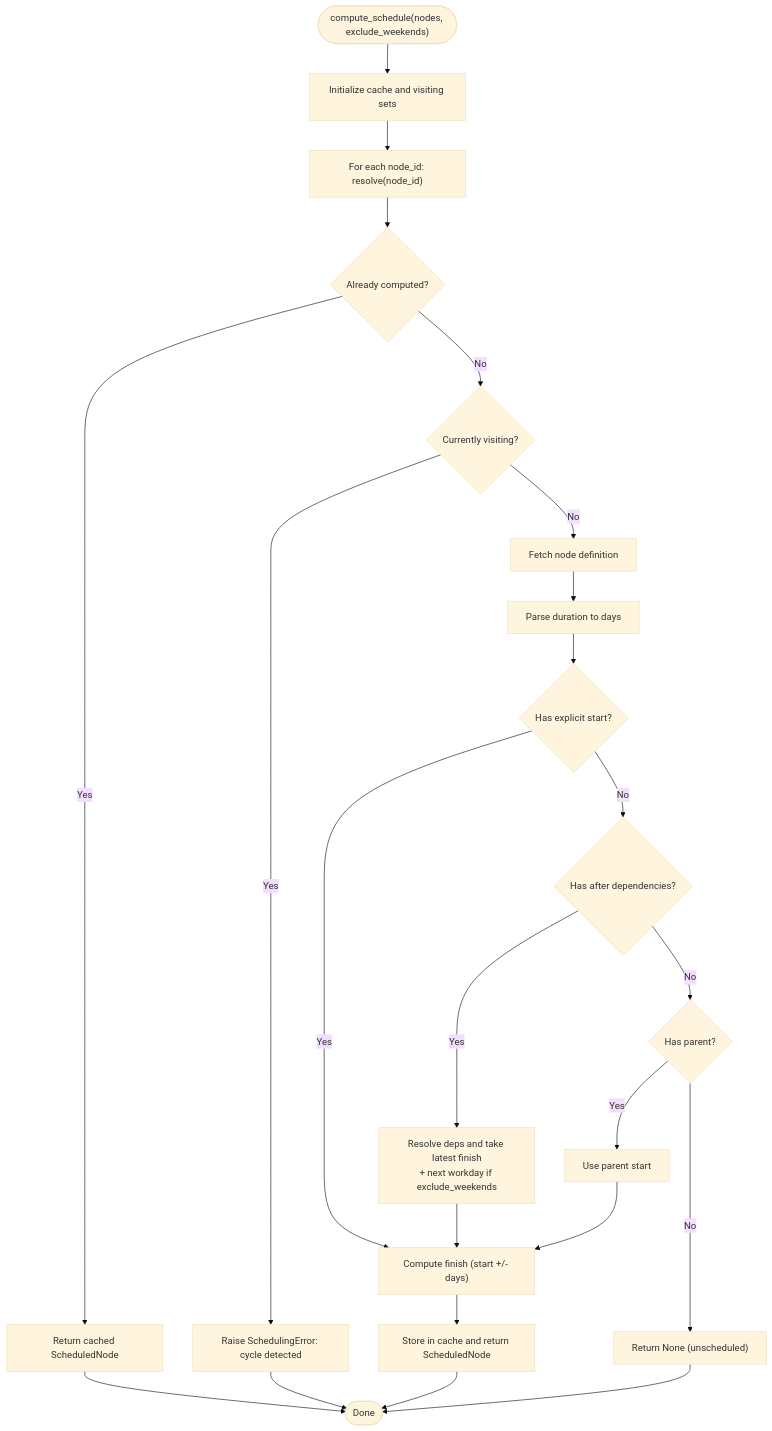
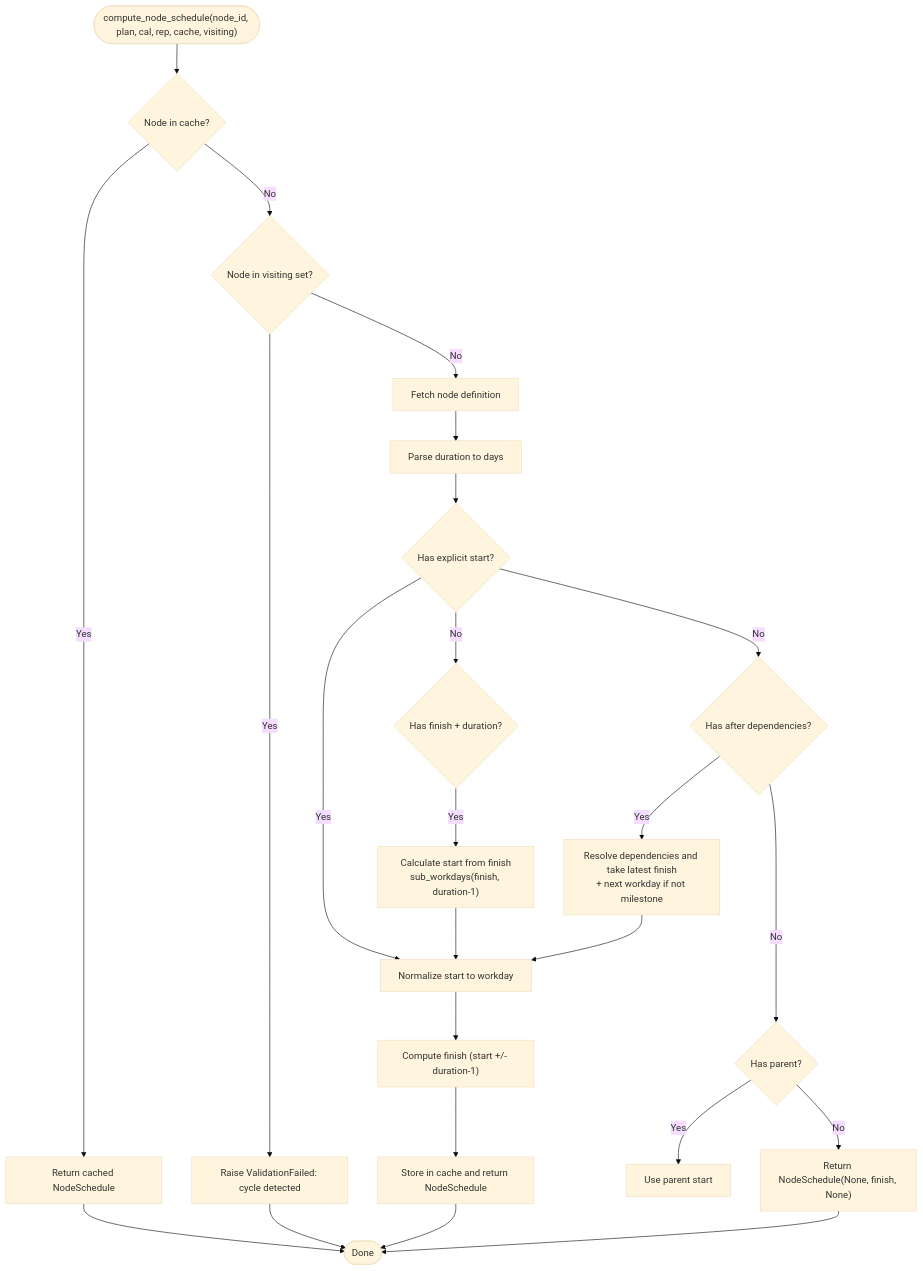
One commit to asukhodko/opskarta changed the third of 6 diagrams in .qoder/repowiki/en/content/Tooling and Utilities/Python API Reference.md. Above: the diagram before and after it, drawn with Mermaid (base theme). The commit also changed other lines of this file and 6 other files, not shown here.

First line of the commit message:
feat(renderer): replace mermaid_gantt with plan2gantt and plan2dag modules

````diff
--- a/.qoder/repowiki/en/content/Tooling and Utilities/Python API Reference.md
+++ b/.qoder/repowiki/en/content/Tooling and Utilities/Python API Reference.md
@@ -217,25 +229,26 @@
 ```mermaid
 flowchart TD
-Start(["compute_schedule(nodes, exclude_weekends)"]) --> Init["Initialize cache and visiting sets"]
-Init --> ResolveLoop["For each node_id: resolve(node_id)"]
-ResolveLoop --> CheckCache{"Already computed?"}
-CheckCache --> |Yes| ReturnCached["Return cached ScheduledNode"]
-CheckCache --> |No| CheckVisiting{"Currently visiting?"}
-CheckVisiting --> |Yes| RaiseCycle["Raise SchedulingError: cycle detected"]
+Start(["compute_node_schedule(node_id, plan, cal, rep, cache, visiting)"]) --> CheckCache{"Node in cache?"}
+CheckCache --> |Yes| ReturnCached["Return cached NodeSchedule"]
+CheckCache --> |No| CheckVisiting{"Node in visiting set?"}
+CheckVisiting --> |Yes| RaiseCycle["Raise ValidationFailed: cycle detected"]
 CheckVisiting --> |No| FetchNode["Fetch node definition"]
 FetchNode --> ParseDuration["Parse duration to days"]
 ParseDuration --> DetermineStart{"Has explicit start?"}
-DetermineStart --> |Yes| ComputeFinish["Compute finish (start +/- days)"]
+DetermineStart --> |Yes| NormalizeStart["Normalize start to workday"]
+DetermineStart --> |No| CheckFinish{"Has finish + duration?"}
+CheckFinish --> |Yes| CalcFromFinish["Calculate start from finish<br/>sub_workdays(finish, duration-1)"]
+CalcFromFinish --> NormalizeStart
 DetermineStart --> |No| CheckAfter{"Has after dependencies?"}
-CheckAfter --> |Yes| LatestDep["Resolve deps and take latest finish<br/>+ next workday if exclude_weekends"]
+CheckAfter --> |Yes| ResolveDeps["Resolve dependencies and take latest finish<br/>+ next workday if not milestone"]
+ResolveDeps --> NormalizeStart
 CheckAfter --> |No| CheckParent{"Has parent?"}
 CheckParent --> |Yes| ParentStart["Use parent start"]
-CheckParent --> |No| MarkUnscheduled["Return None (unscheduled)"]
-LatestDep --> ComputeFinish
-ParentStart --> ComputeFinish
-ComputeFinish --> Cache["Store in cache and return ScheduledNode"]
+CheckParent --> |No| MarkUnscheduled["Return NodeSchedule(None, finish, None)"]
+NormalizeStart --> ComputeFinish["Compute finish (start +/- duration-1)"]
+ComputeFinish --> Cache["Store in cache and return NodeSchedule"]
 ReturnCached --> End(["Done"])
 RaiseCycle --> End
 MarkUnscheduled --> End
 Cache --> End
 ```
````
